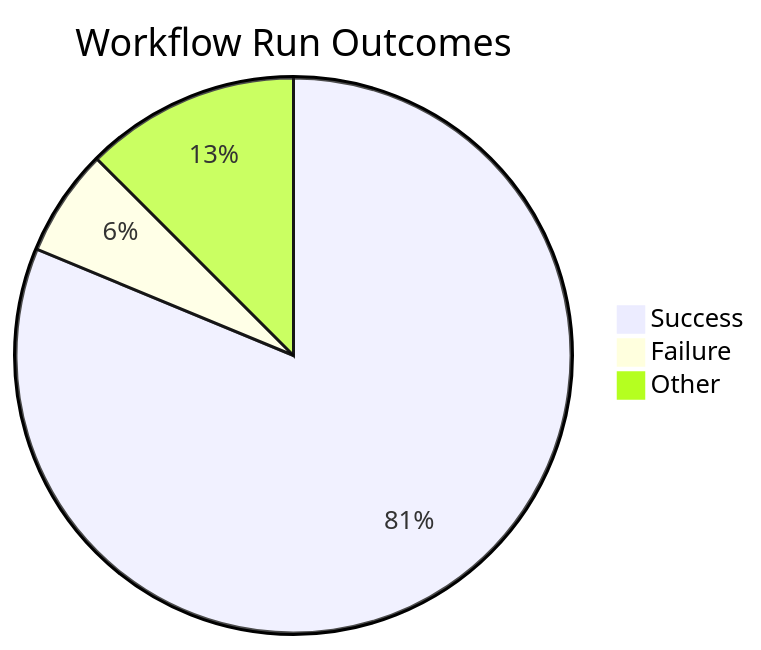
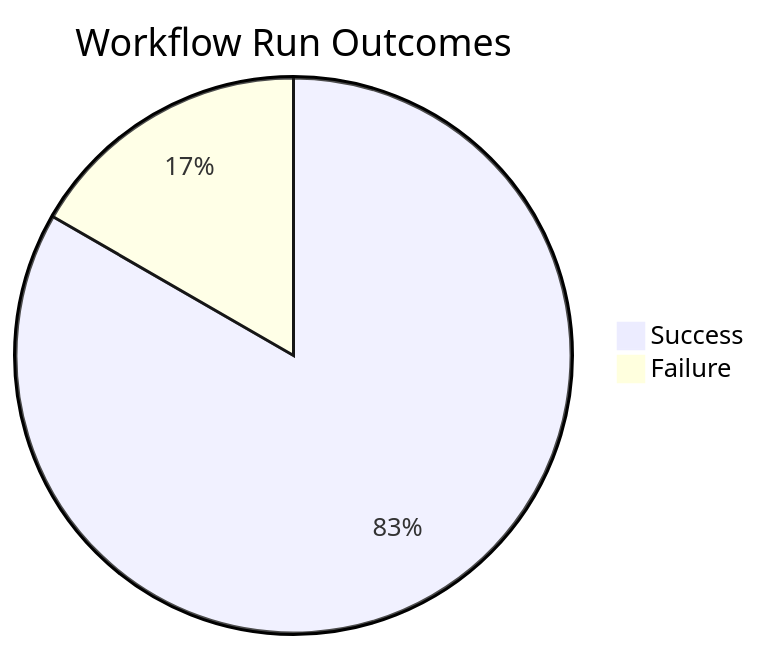
The first of 4 diagrams in docs/ci-cd/dora-summary.md (ukma-cs-ssdm-2025/rate-ukma), drawn with Mermaid before and after one commit. The commit also changed other lines of this file, not shown here.

````diff
--- a/docs/ci-cd/dora-summary.md
+++ b/docs/ci-cd/dora-summary.md
@@ -22,6 +22,5 @@
 ```mermaid
 pie title Workflow Run Outcomes
-    "Success" : 13
-    "Failure" : 1
-    "Other" : 2
+    "Success" : 10
+    "Failure" : 2
 ```
````
